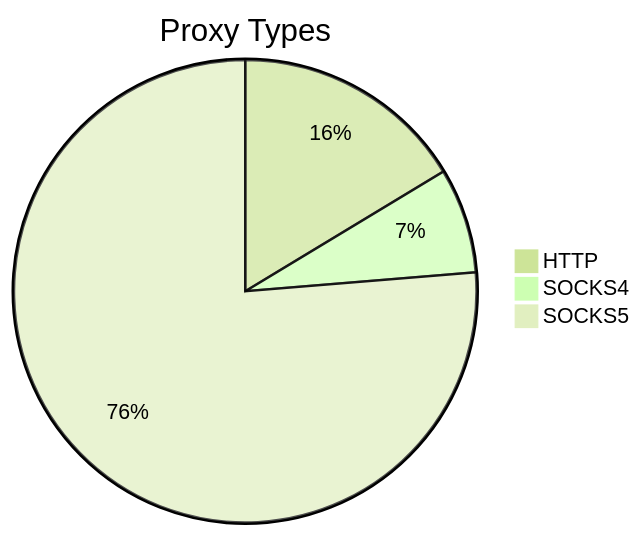
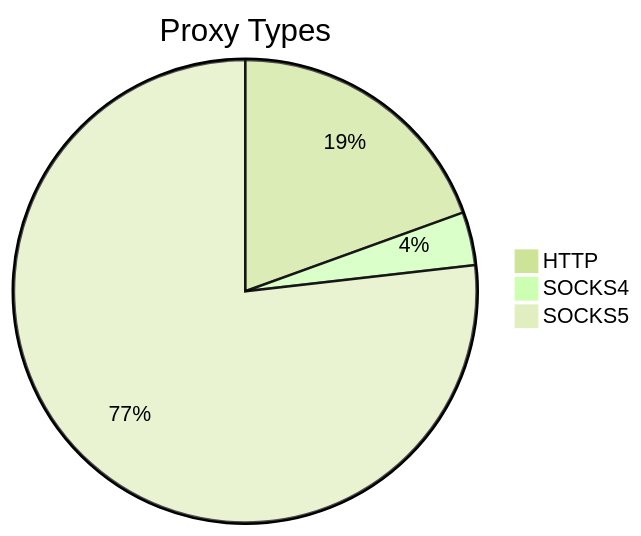
One commit to stormsia/proxy-list changed the first of 2 diagrams in README.md. Above: the diagram before and after it, drawn with Mermaid (forest theme). The commit also changed other lines of this file, not shown here.

````diff
--- a/README.md
+++ b/README.md
@@ -21,6 +21,6 @@
 ```mermaid
 pie title Proxy Types
-    "HTTP" : 69
-    "SOCKS4" : 31
-    "SOCKS5" : 322
+    "HTTP" : 89
+    "SOCKS4" : 17
+    "SOCKS5" : 351
 ```
````
